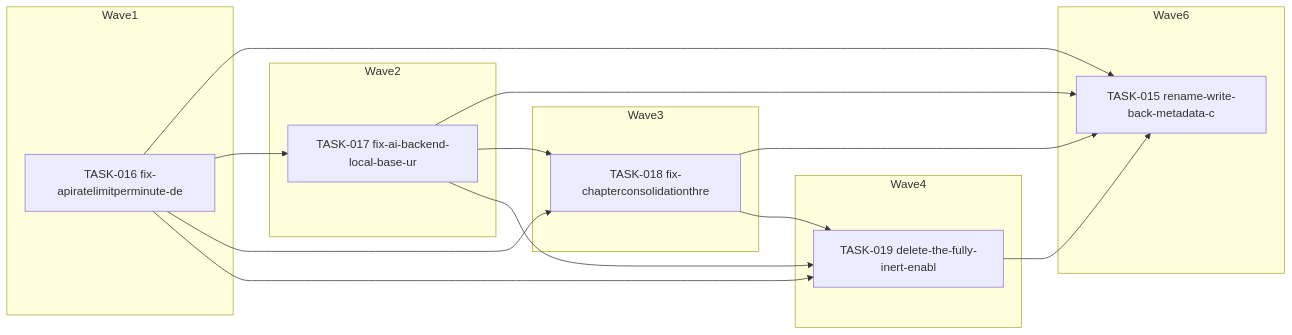
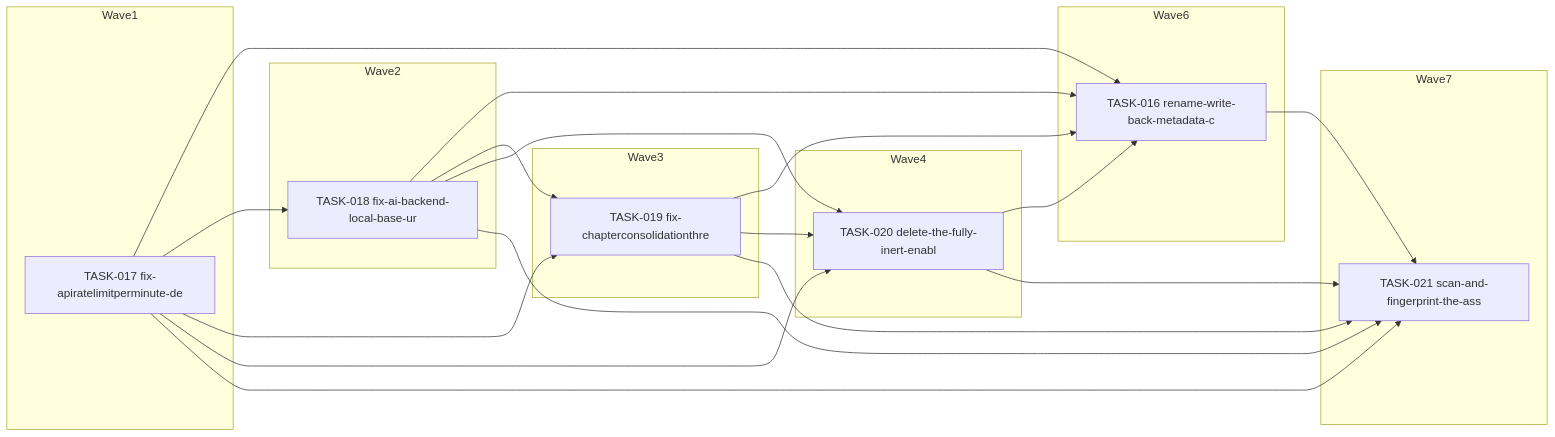
One commit to falkcorp/audiobook-organizer changed the diagram in docs/agent-tasks/todo-completion/config/orchestration.md. Above: the diagram before and after it, drawn with Mermaid. The commit also changed other lines of this file and 406 other files, not shown here.

````diff
--- a/docs/agent-tasks/todo-completion/config/orchestration.md
+++ b/docs/agent-tasks/todo-completion/config/orchestration.md
@@ -12,28 +12,36 @@
 ```mermaid
 flowchart LR
     subgraph Wave1
-      TASK016[TASK-016 fix-apiratelimitperminute-de]
+      TASK017[TASK-017 fix-apiratelimitperminute-de]
     end
     subgraph Wave2
-      TASK017[TASK-017 fix-ai-backend-local-base-ur]
+      TASK018[TASK-018 fix-ai-backend-local-base-ur]
     end
     subgraph Wave3
-      TASK018[TASK-018 fix-chapterconsolidationthre]
+      TASK019[TASK-019 fix-chapterconsolidationthre]
     end
     subgraph Wave4
-      TASK019[TASK-019 delete-the-fully-inert-enabl]
+      TASK020[TASK-020 delete-the-fully-inert-enabl]
     end
     subgraph Wave6
-      TASK015[TASK-015 rename-write-back-metadata-c]
+      TASK016[TASK-016 rename-write-back-metadata-c]
     end
-    TASK016 --> TASK015
-    TASK016 --> TASK017
-    TASK016 --> TASK018
-    TASK016 --> TASK019
-    TASK017 --> TASK015
+    subgraph Wave7
+      TASK021[TASK-021 scan-and-fingerprint-the-ass]
+    end
+    TASK016 --> TASK021
+    TASK017 --> TASK016
     TASK017 --> TASK018
     TASK017 --> TASK019
-    TASK018 --> TASK015
+    TASK017 --> TASK020
+    TASK017 --> TASK021
+    TASK018 --> TASK016
     TASK018 --> TASK019
-    TASK019 --> TASK015
+    TASK018 --> TASK020
+    TASK018 --> TASK021
+    TASK019 --> TASK016
+    TASK019 --> TASK020
+    TASK019 --> TASK021
+    TASK020 --> TASK016
+    TASK020 --> TASK021
 ```
````
